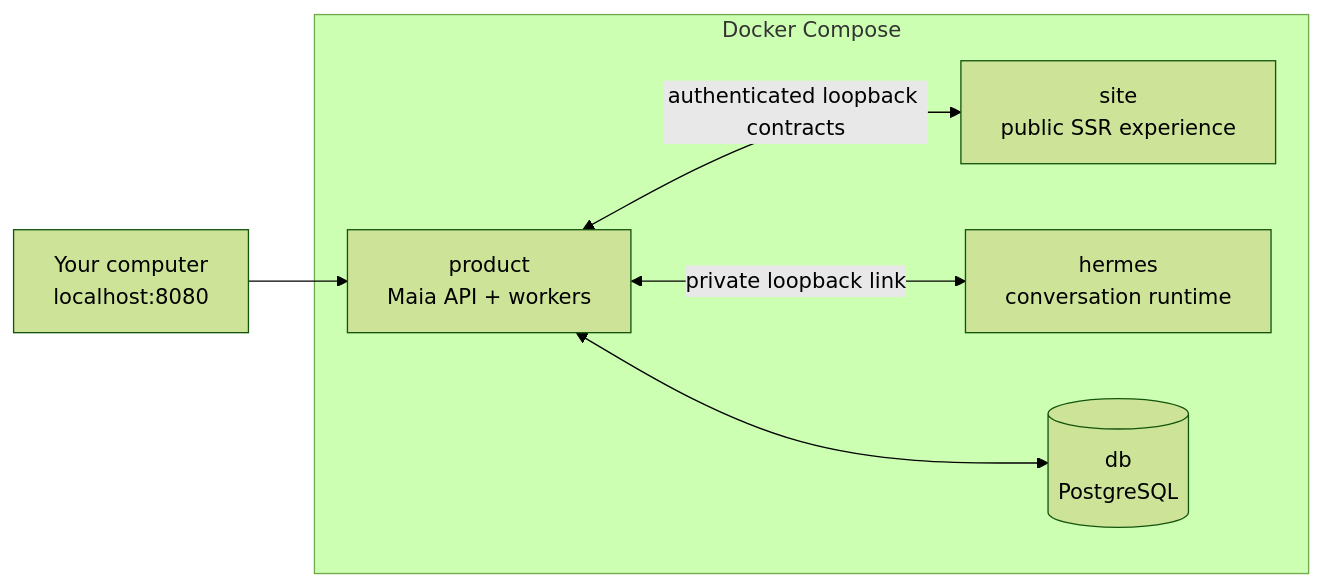
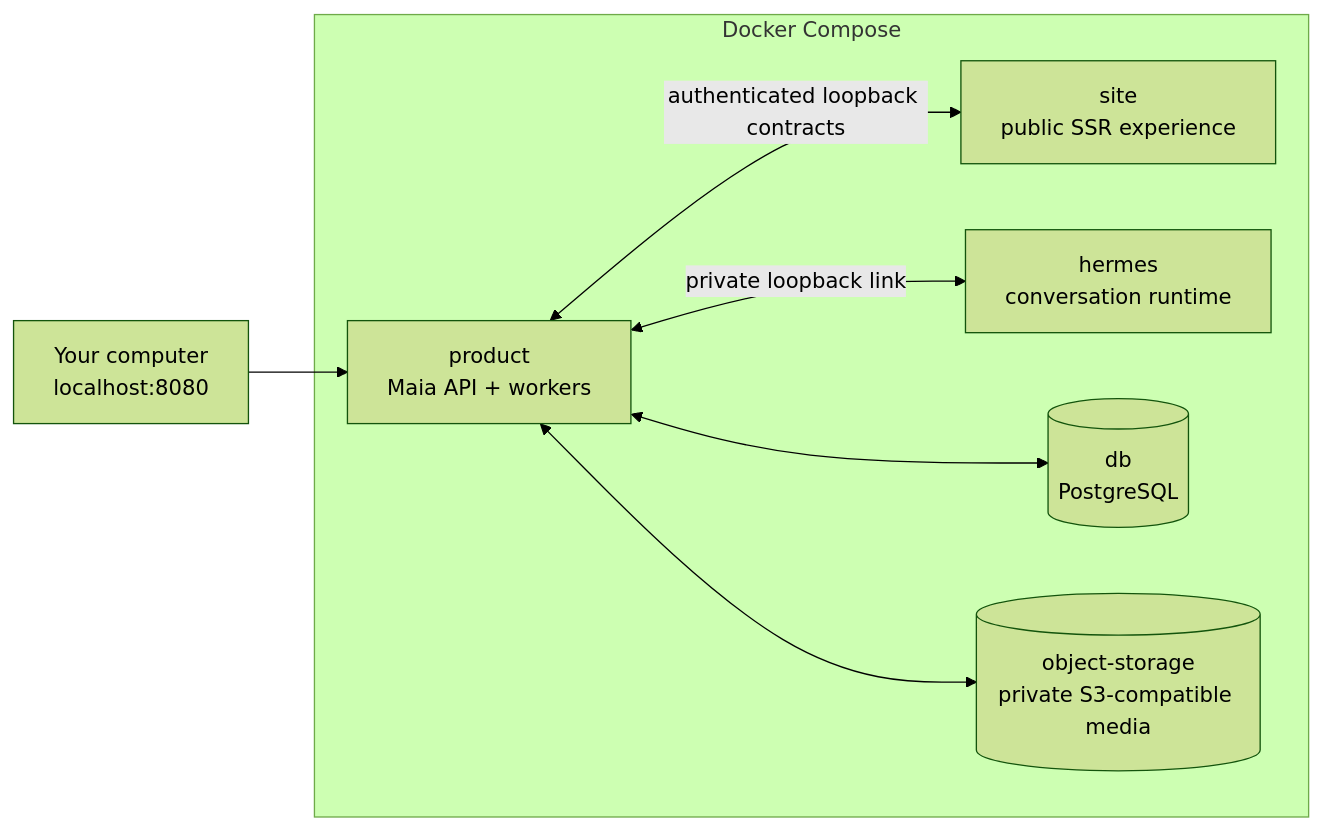
One commit to gmogmzGithub/maia-agent changed the second of 2 diagrams in README.md. Above: the diagram before and after it, drawn with Mermaid (forest theme). The commit also changed other lines of this file and 79 other files, not shown here.

Commit message:
feat: back sandbox inventory with preprod media storage (#16)

````diff
--- a/README.md
+++ b/README.md
@@ -203,14 +204,16 @@
 ```mermaid
 flowchart LR
     Host["Your computer<br/>localhost:8080"]
     subgraph Compose["Docker Compose"]
         Product["product<br/>Maia API + workers"]
         Site["site<br/>public SSR experience"]
         Hermes["hermes<br/>conversation runtime"]
         DB[("db<br/>PostgreSQL")]
+        Objects[("object-storage<br/>private S3-compatible media")]
         Product <-->|"private loopback link"| Hermes
         Product <-->|"authenticated loopback contracts"| Site
         Product <--> DB
+        Product <--> Objects
     end
     Host --> Product
 ```
````
